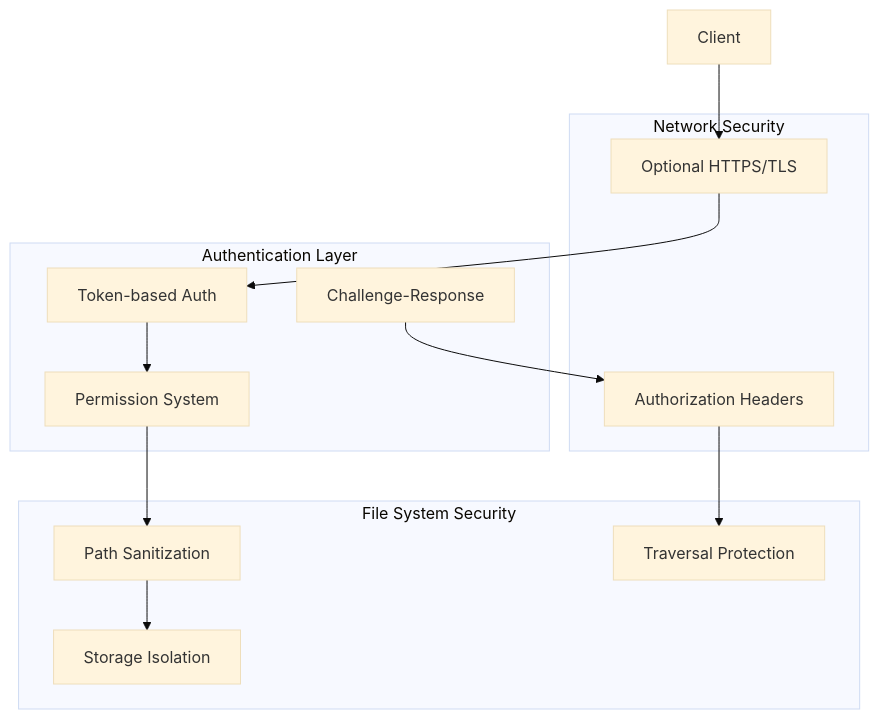
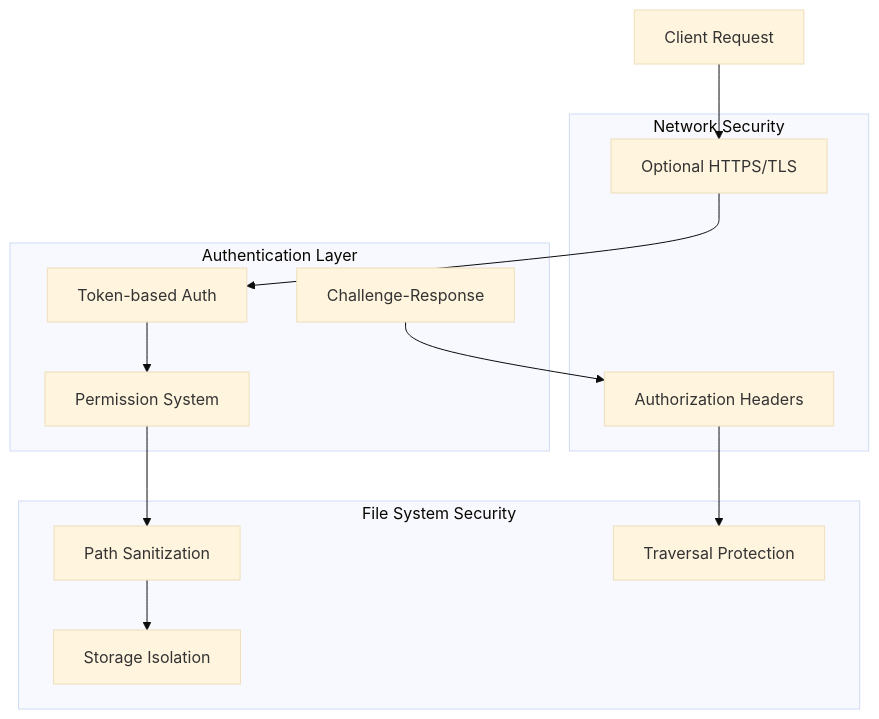
The eighth of 8 diagrams in docs/architecture.md (0xRepo-Source/goflux-lite), drawn with Mermaid (base theme) before and after one commit. The commit also changed other lines of this file, not shown here.

First line of the commit message:
Update architecture diagrams to use TD direction

````diff
--- a/docs/architecture.md
+++ b/docs/architecture.md
@@ -202,28 +203,28 @@
 ```mermaid
-graph TB
-    subgraph "Authentication Layer"
-        Token[Token-based Auth]
-        Challenge[Challenge-Response]
-        Permissions[Permission System]
+graph TD
+    subgraph Auth ["Authentication Layer"]
+        Token["Token-based Auth"]
+        Challenge["Challenge-Response"]
+        Permissions["Permission System"]
     end
     
-    subgraph "Network Security"
-        HTTPS[Optional HTTPS/TLS]
-        Headers[Authorization Headers]
+    subgraph Network ["Network Security"]
+        HTTPS["Optional HTTPS/TLS"]
+        Headers["Authorization Headers"]
     end
     
-    subgraph "File System Security"
-        PathSanitize[Path Sanitization]
-        Traversal[Traversal Protection]
-        Isolation[Storage Isolation]
+    subgraph FileSystem ["File System Security"]
+        PathSanitize["Path Sanitization"]
+        Traversal["Traversal Protection"]
+        Isolation["Storage Isolation"]
     end
     
-    Client --> HTTPS
+    ClientReq["Client Request"] --> HTTPS
     HTTPS --> Token
     Token --> Permissions
     Permissions --> PathSanitize
     PathSanitize --> Isolation
     
     Challenge --> Headers
     Headers --> Traversal
 ```
````
